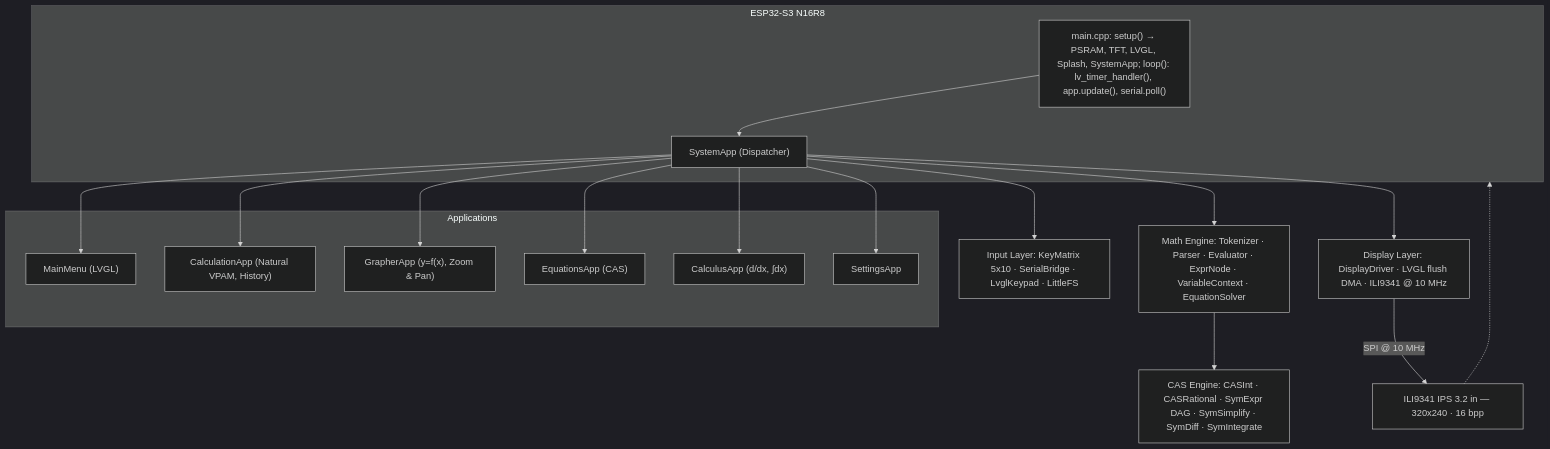
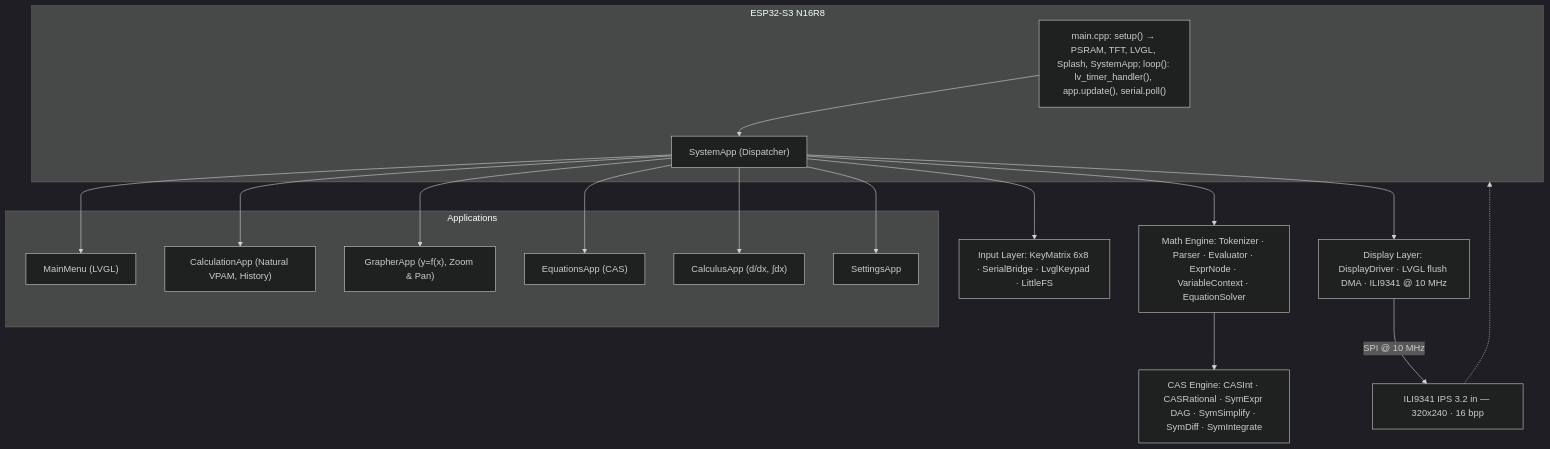
Before and after one commit to Anda2012/NeoCalculator: the first of 3 diagrams in README.md, drawn with Mermaid (dark theme).

Commit message:
Update input layer configuration in README

````diff
--- a/README.md
+++ b/README.md
@@ -152,39 +152,39 @@
 ```mermaid
 flowchart TB
    subgraph esp[ESP32-S3 N16R8]
       main["main.cpp: setup() → PSRAM, TFT, LVGL, Splash, SystemApp; loop(): lv_timer_handler(), app.update(), serial.poll()"]
       system["SystemApp (Dispatcher)"]
       main --> system
    end
 
    subgraph apps[Applications]
       mm["MainMenu (LVGL)"]
       calc["CalculationApp (Natural VPAM, History)"]
       grapher["GrapherApp (y=f(x), Zoom & Pan)"]
       eq["EquationsApp (CAS)"]
       calculus["CalculusApp (d/dx, ∫dx)"]
       settings["SettingsApp"]
    end
 
    system --> mm
    system --> calc
    system --> grapher
    system --> eq
    system --> calculus
    system --> settings
 
    math["Math Engine: Tokenizer · Parser · Evaluator · ExprNode · VariableContext · EquationSolver"]
    procas["CAS Engine: CASInt · CASRational · SymExpr DAG · SymSimplify · SymDiff · SymIntegrate"]
 
    system --> math
    math --> procas
 
    display["Display Layer: DisplayDriver · LVGL flush DMA · ILI9341 @ 10 MHz"]
-   input["Input Layer: KeyMatrix 5x10 · SerialBridge · LvglKeypad · LittleFS"]
+   input["Input Layer: KeyMatrix 6x8 · SerialBridge · LvglKeypad · LittleFS"]
 
    system --> display
    system --> input
 
    display -->|SPI @ 10 MHz| ili["ILI9341 IPS 3.2 in — 320x240 · 16 bpp"]
    ili -.-> esp
 ```
````
